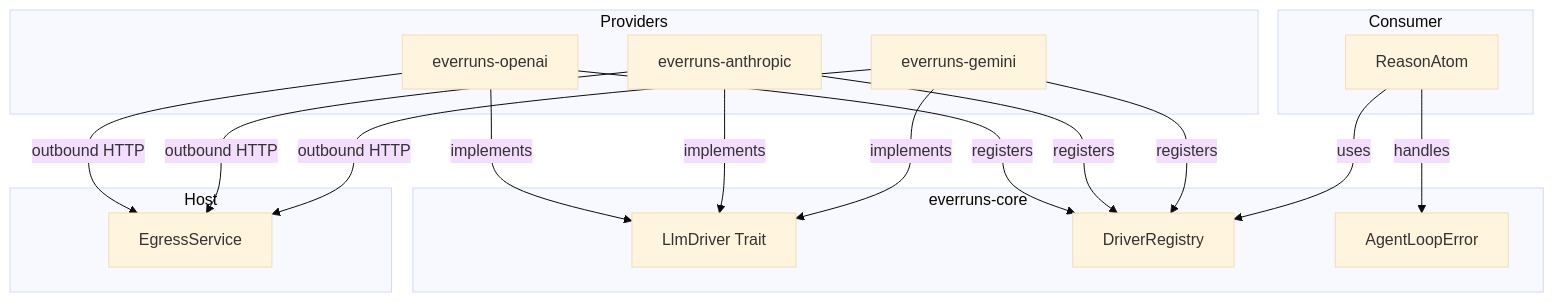
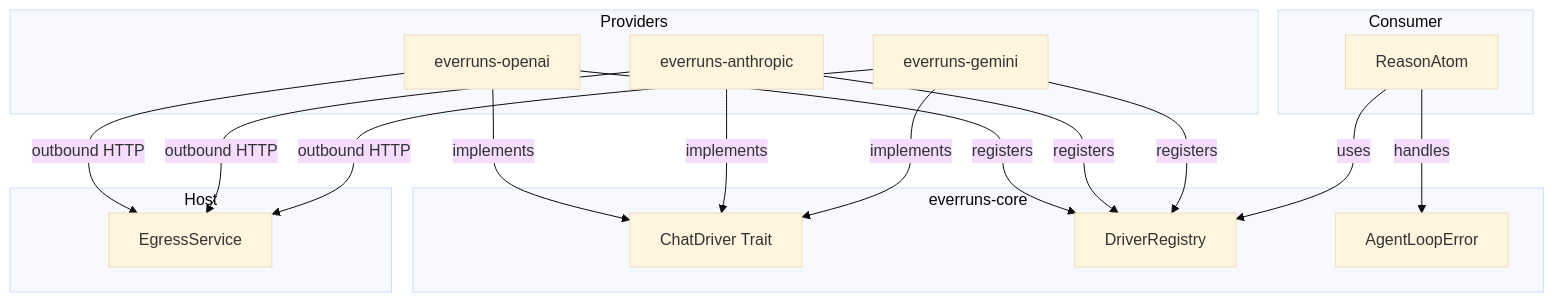
Before and after one commit to everruns/everruns: the first of 2 diagrams in specs/llm-drivers.md, drawn with Mermaid (base theme). The commit also changed other lines of this file and 33 other files, not shown here.

First line of the commit message:
refactor(core): rename LlmDriver to ChatDriver

````diff
--- a/specs/llm-drivers.md
+++ b/specs/llm-drivers.md
@@ -17,34 +17,34 @@
 ```mermaid
 graph TD
     subgraph Core [everruns-core]
-        LlmDriver[LlmDriver Trait]
+        ChatDriver[ChatDriver Trait]
         Registry[DriverRegistry]
         Errors[AgentLoopError]
     end
 
     subgraph Providers
         OpenAI[everruns-openai]
         Anthropic[everruns-anthropic]
         Gemini[everruns-gemini]
     end
 
     subgraph Host
         Egress[EgressService]
     end
 
     subgraph Consumer
         ReasonAtom[ReasonAtom]
     end
 
-    OpenAI -->|implements| LlmDriver
-    Anthropic -->|implements| LlmDriver
-    Gemini -->|implements| LlmDriver
+    OpenAI -->|implements| ChatDriver
+    Anthropic -->|implements| ChatDriver
+    Gemini -->|implements| ChatDriver
     OpenAI -->|registers| Registry
     Anthropic -->|registers| Registry
     Gemini -->|registers| Registry
     ReasonAtom -->|uses| Registry
     OpenAI -->|outbound HTTP| Egress
     Anthropic -->|outbound HTTP| Egress
     Gemini -->|outbound HTTP| Egress
     ReasonAtom -->|handles| Errors
 ```
````
